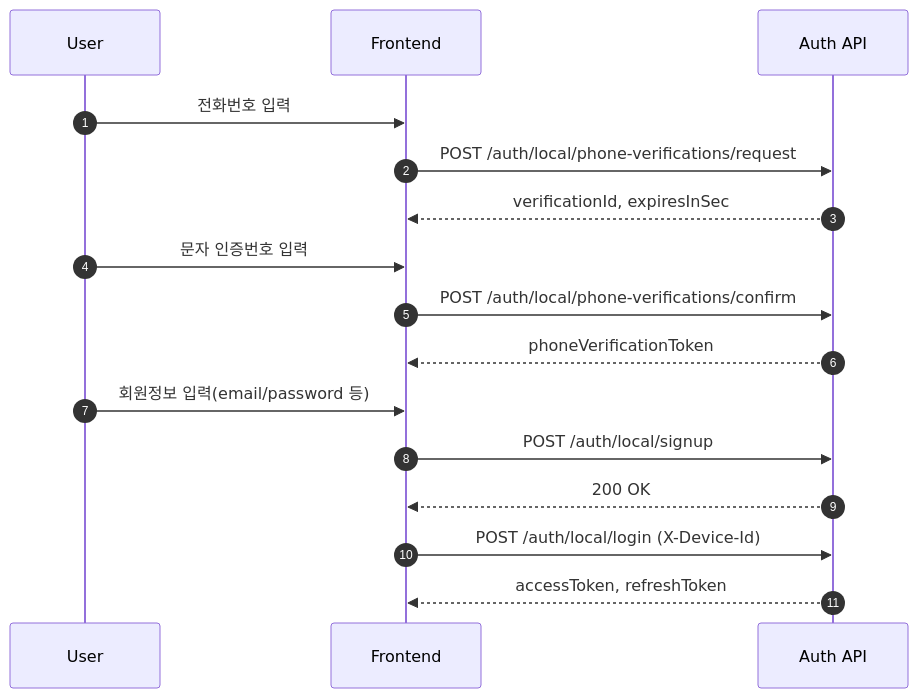
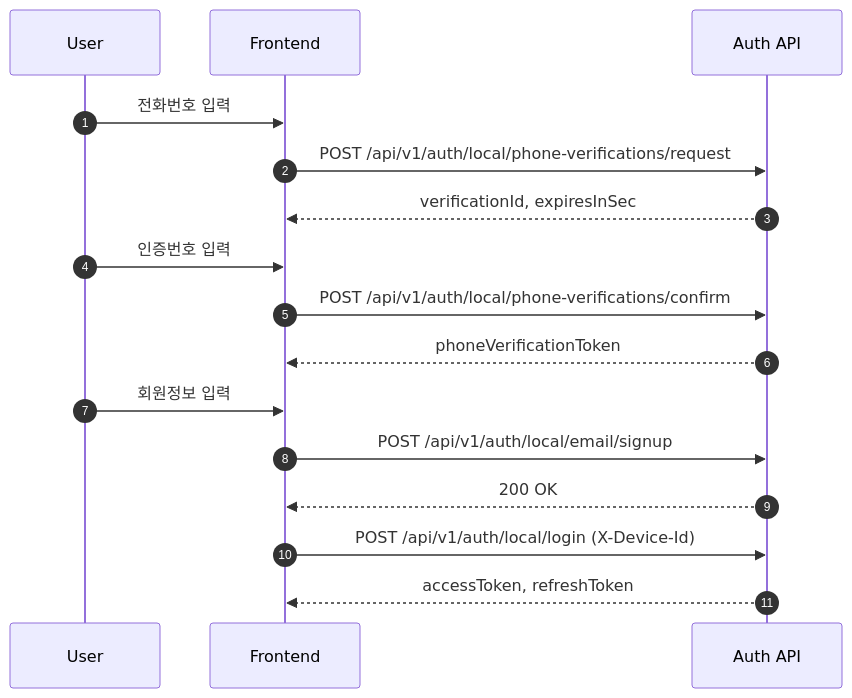
Before and after one commit to SooLee99/soo-auth-service: the first of 5 diagrams in docs/guides/README_FRONTEND_API.md, drawn with Mermaid. The commit also changed other lines of this file and 5 other files, not shown here.

````diff
--- a/docs/guides/README_FRONTEND_API.md
+++ b/docs/guides/README_FRONTEND_API.md
@@ -53,22 +54,22 @@
 ```mermaid
 sequenceDiagram
     autonumber
     participant U as User
     participant FE as Frontend
     participant API as Auth API
 
     U->>FE: 전화번호 입력
-    FE->>API: POST /auth/local/phone-verifications/request
+    FE->>API: POST /api/v1/auth/local/phone-verifications/request
     API-->>FE: verificationId, expiresInSec
 
-    U->>FE: 문자 인증번호 입력
-    FE->>API: POST /auth/local/phone-verifications/confirm
+    U->>FE: 인증번호 입력
+    FE->>API: POST /api/v1/auth/local/phone-verifications/confirm
     API-->>FE: phoneVerificationToken
 
-    U->>FE: 회원정보 입력(email/password 등)
-    FE->>API: POST /auth/local/signup
+    U->>FE: 회원정보 입력
+    FE->>API: POST /api/v1/auth/local/email/signup
     API-->>FE: 200 OK
 
-    FE->>API: POST /auth/local/login (X-Device-Id)
+    FE->>API: POST /api/v1/auth/local/login (X-Device-Id)
     API-->>FE: accessToken, refreshToken
 ```
````
